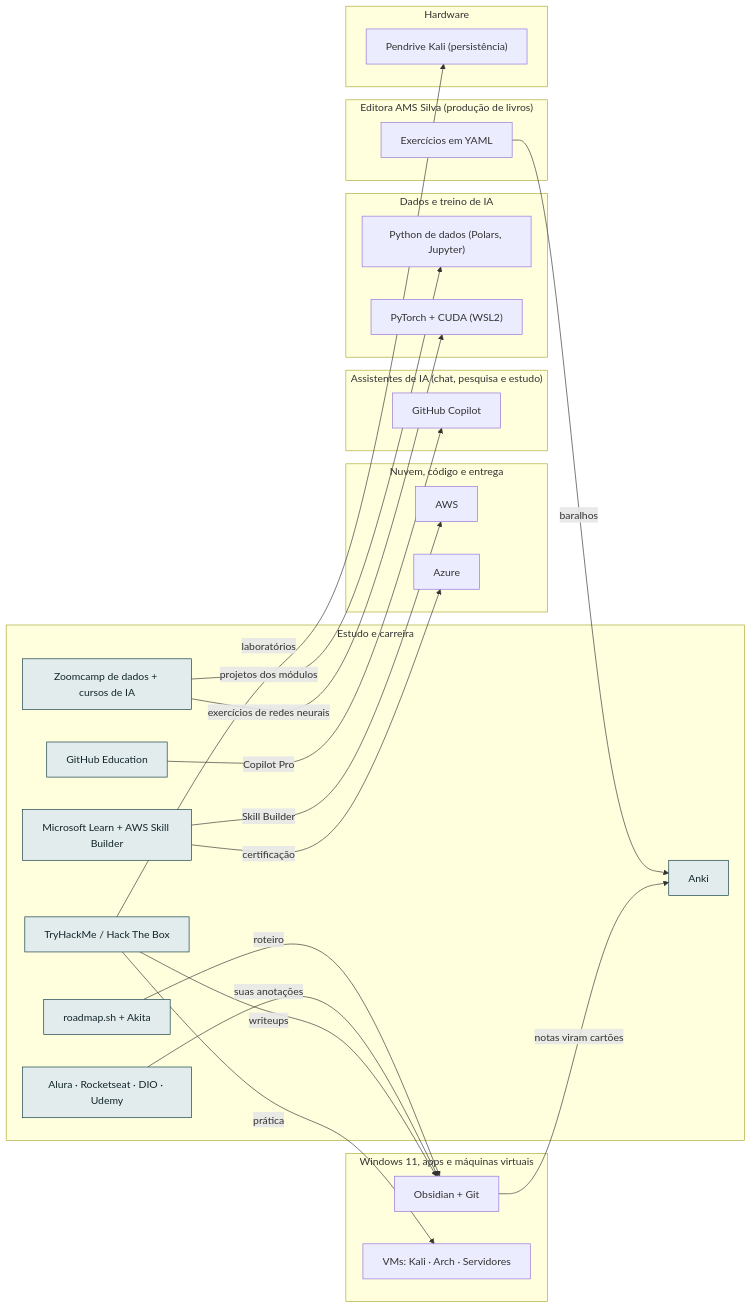
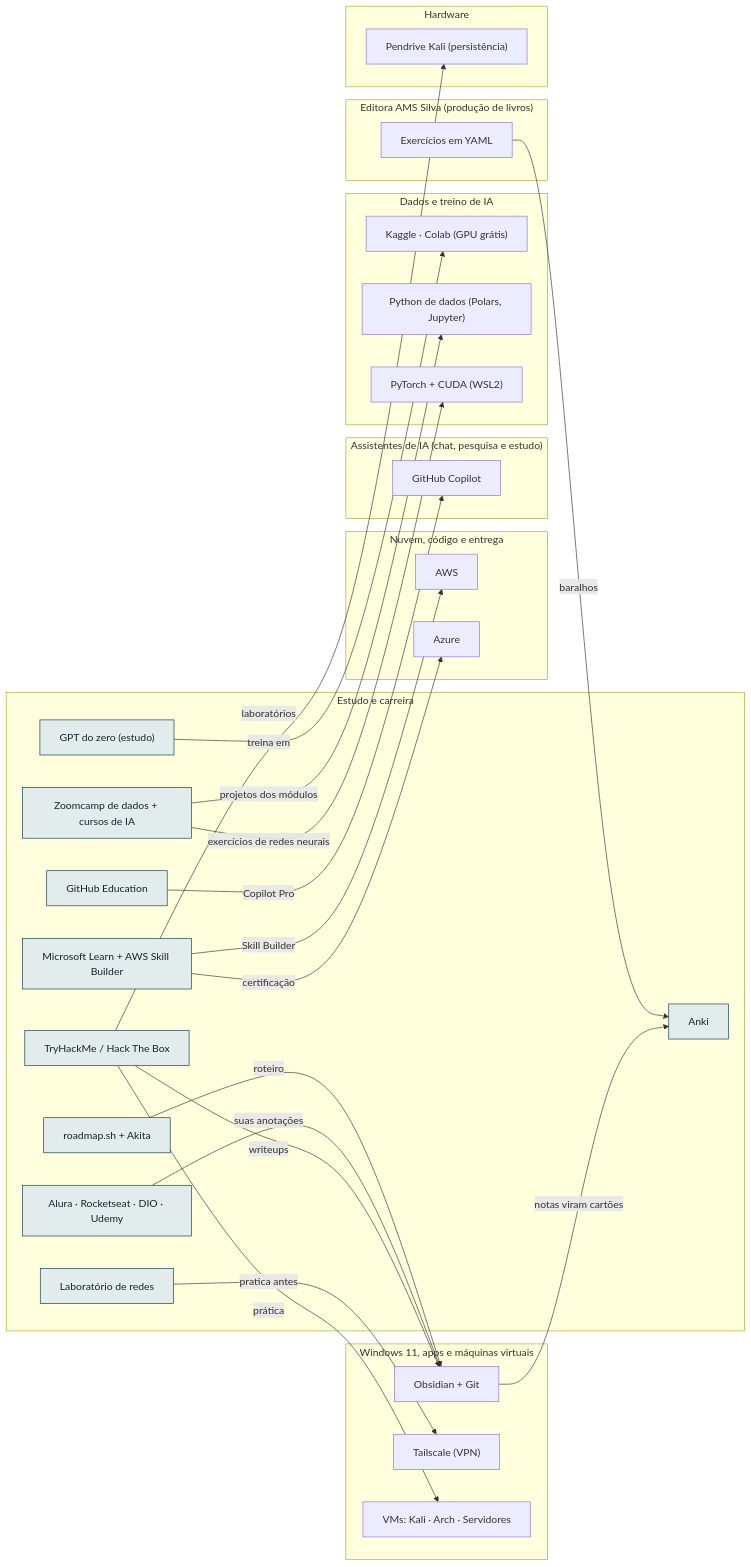
The diagram in docs/camadas/14-est.md (AlanMateus17/dev-setup), drawn with Mermaid before and after one commit. The commit also changed other lines of this file and 56 other files, not shown here.

````diff
--- a/docs/camadas/14-est.md
+++ b/docs/camadas/14-est.md
@@ -14,47 +14,53 @@
 ```mermaid
 flowchart LR
   subgraph L_est["Estudo e carreira"]
     n_learn["Microsoft Learn + AWS Skill Builder"]
     n_thm["TryHackMe / Hack The Box"]
     n_plat["Alura · Rocketseat · DIO · Udemy"]
     n_anki["Anki"]
     n_road["roadmap.sh + Akita"]
     n_ghed["GitHub Education"]
     n_dez["Zoomcamp de dados + cursos de IA"]
+    n_gptzero["GPT do zero (estudo)"]
+    n_labrede["Laboratório de redes"]
   end
   subgraph L_editora["Editora AMS Silva (produção de livros)"]
     n_exyaml["Exercícios em YAML"]
   end
   subgraph L_nuvem["Nuvem, código e entrega"]
     n_aws["AWS"]
     n_azure["Azure"]
   end
   subgraph L_chat["Assistentes de IA (chat, pesquisa e estudo)"]
     n_copi["GitHub Copilot"]
   end
   subgraph L_dados["Dados e treino de IA"]
+    n_kgl["Kaggle · Colab (GPU grátis)"]
     n_pyds["Python de dados (Polars, Jupyter)"]
     n_torch["PyTorch + CUDA (WSL2)"]
   end
   subgraph L_win["Windows 11, apps e máquinas virtuais"]
     n_obsd["Obsidian + Git"]
+    n_tail["Tailscale (VPN)"]
     n_vms["VMs: Kali · Arch · Servidores"]
   end
   subgraph L_hw["Hardware"]
     n_pkali["Pendrive Kali (persistência)"]
   end
   n_learn -->|"certificação"| n_azure
   n_learn -->|"Skill Builder"| n_aws
   n_thm -->|"prática"| n_vms
   n_thm -->|"writeups"| n_obsd
   n_thm -->|"laboratórios"| n_pkali
   n_plat -->|"suas anotações"| n_obsd
   n_obsd -->|"notas viram cartões"| n_anki
   n_exyaml -->|"baralhos"| n_anki
   n_road -->|"roteiro"| n_obsd
   n_ghed -->|"Copilot Pro"| n_copi
   n_dez -->|"projetos dos módulos"| n_pyds
   n_dez -->|"exercícios de redes neurais"| n_torch
+  n_gptzero -->|"treina em"| n_kgl
+  n_labrede -->|"pratica antes"| n_tail
   classDef desta fill:#e2ecec,stroke:#0e3a45,color:#13262b
-  class n_learn,n_thm,n_plat,n_anki,n_road,n_ghed,n_dez desta
+  class n_learn,n_thm,n_plat,n_anki,n_road,n_ghed,n_dez,n_gptzero,n_labrede desta
 ```
````
